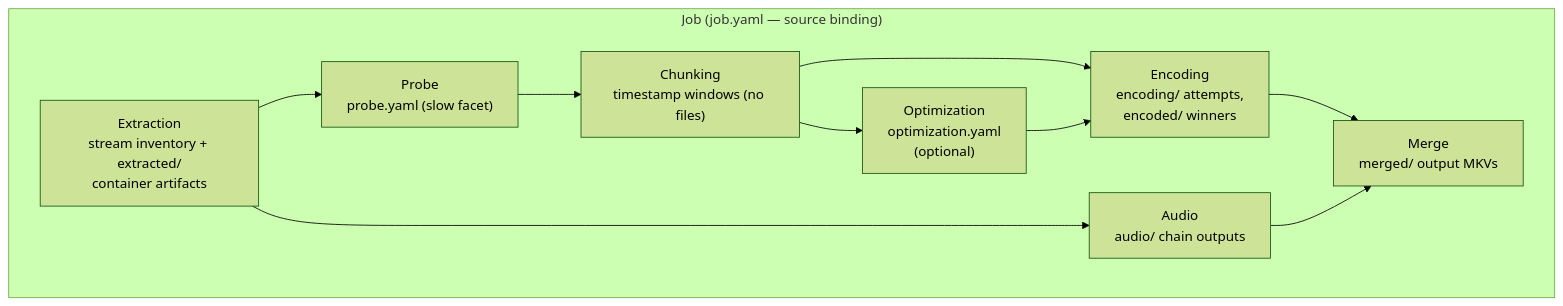
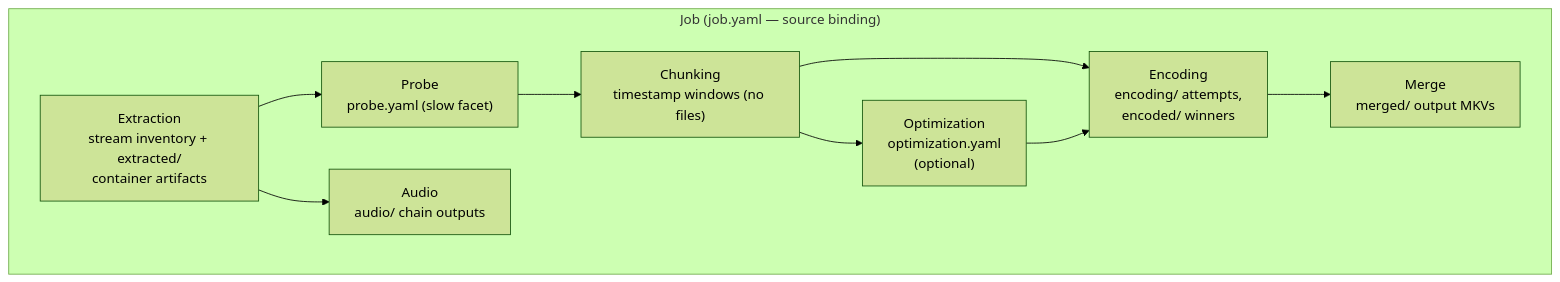
One commit to CHerSun/pyqenc changed the second of 6 diagrams in docs/architecture.md. Above: the diagram before and after it, drawn with Mermaid (forest theme). The commit also changed 5 other files, not shown here.

````diff
--- a/docs/architecture.md
+++ b/docs/architecture.md
@@ -54,21 +54,20 @@
 ```mermaid
 flowchart TD
     subgraph Job["Job (job.yaml — source binding)"]
         EX["Extraction\nstream inventory + extracted/\ncontainer artifacts"]
         PR["Probe\nprobe.yaml (slow facet)"]
         CH["Chunking\ntimestamp windows (no files)"]
         OP["Optimization\noptimization.yaml\n(optional)"]
         EN["Encoding\nencoding/ attempts,\nencoded/ winners"]
         AU["Audio\naudio/ chain outputs"]
         ME["Merge\nmerged/ output MKVs"]
 
         EX --> PR
         PR --> CH
         CH --> OP
         CH --> EN
         OP --> EN
         EX --> AU
         EN --> ME
-        AU --> ME
     end
 ```
````
